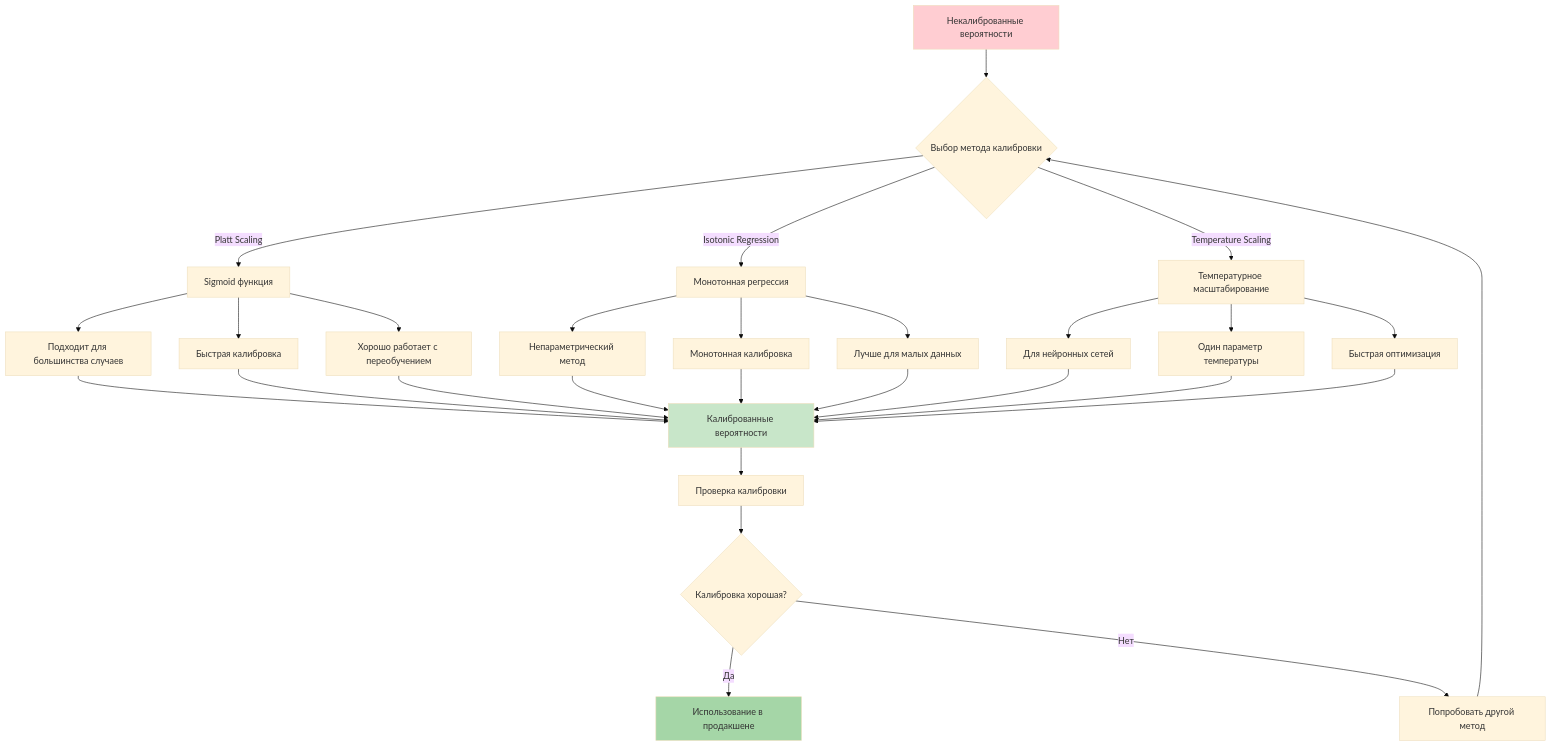
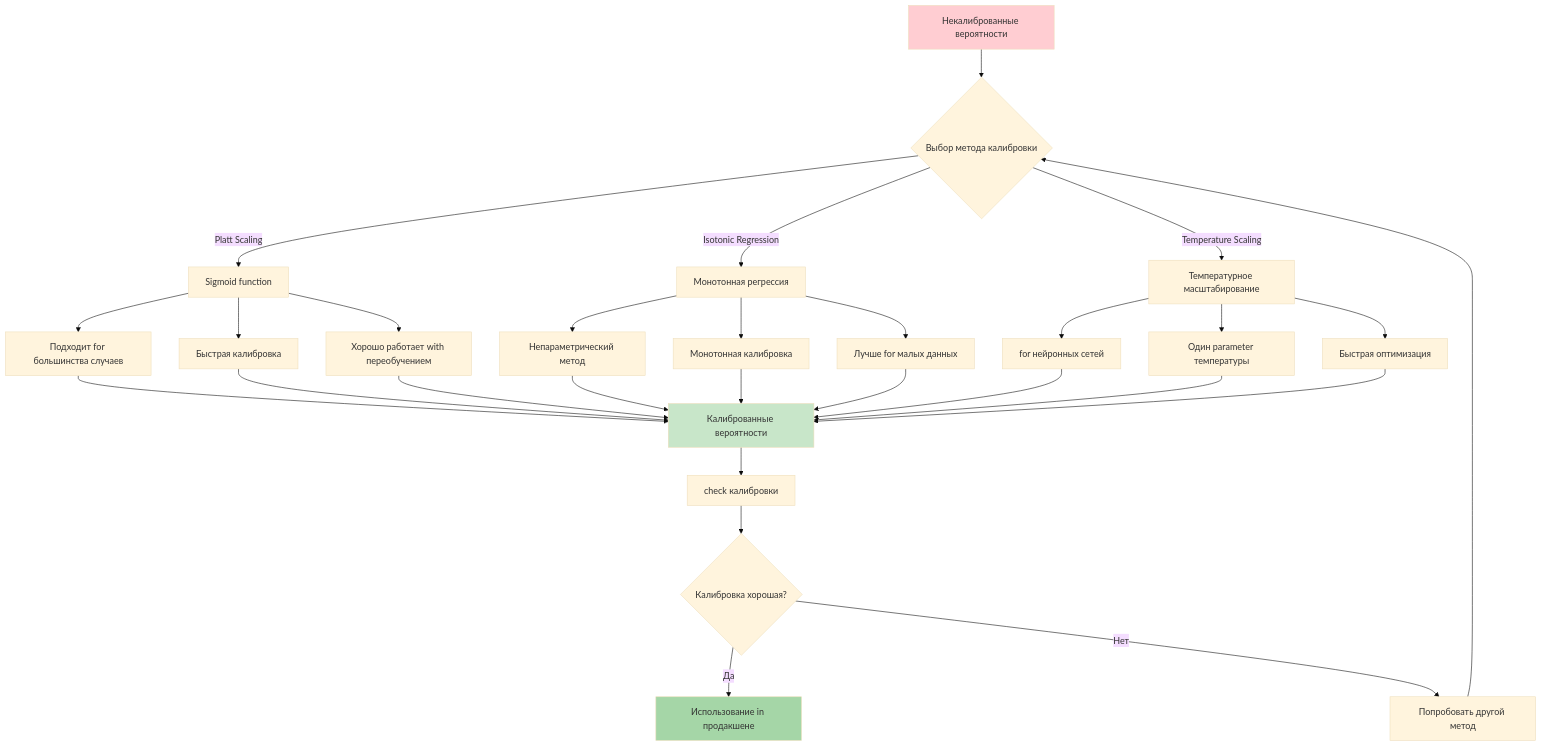
The second of 8 diagrams in docs/automl/gluon/26_probability_usage_guide.md (NeoZorK/neozork-hld-prediction), drawn with Mermaid (base theme) before and after one commit. The commit also changed other lines of this file and 19 other files, not shown here.

````diff
--- a/docs/automl/gluon/26_probability_usage_guide.md
+++ b/docs/automl/gluon/26_probability_usage_guide.md
@@ -136,40 +136,40 @@
 ```mermaid
 graph TD
-    A[Некалиброванные вероятности] --> B{Выбор метода калибровки}
-    
-    B -->|Platt Scaling| C[Sigmoid функция]
-    B -->|Isotonic Regression| D[Монотонная регрессия]
-    B -->|Temperature Scaling| E[Температурное масштабирование]
-    
-    C --> C1[Подходит для большинства случаев]
-    C --> C2[Быстрая калибровка]
-    C --> C3[Хорошо работает с переобучением]
-    
-    D --> D1[Непараметрический метод]
-    D --> D2[Монотонная калибровка]
-    D --> D3[Лучше для малых данных]
-    
-    E --> E1[Для нейронных сетей]
-    E --> E2[Один параметр температуры]
-    E --> E3[Быстрая оптимизация]
-    
-    C1 --> F[Калиброванные вероятности]
-    C2 --> F
-    C3 --> F
-    D1 --> F
-    D2 --> F
-    D3 --> F
-    E1 --> F
-    E2 --> F
-    E3 --> F
-    
-    F --> G[Проверка калибровки]
-    G --> H{Калибровка хорошая?}
-    H -->|Да| I[Использование в продакшене]
-    H -->|Нет| J[Попробовать другой метод]
-    J --> B
-    
-    style A fill:#ffcdd2
-    style F fill:#c8e6c9
-    style I fill:#a5d6a7
+ A[Некалиброванные вероятности] --> B{Выбор метода калибровки}
+
+ B -->|Platt Scaling| C[Sigmoid function]
+ B -->|Isotonic Regression| D[Монотонная регрессия]
+ B -->|Temperature Scaling| E[Температурное масштабирование]
+
+ C --> C1[Подходит for большинства случаев]
+ C --> C2[Быстрая калибровка]
+ C --> C3[Хорошо работает with переобучением]
+
+ D --> D1[Непараметрический метод]
+ D --> D2[Монотонная калибровка]
+ D --> D3[Лучше for малых данных]
+
+ E --> E1[for нейронных сетей]
+ E --> E2[Один parameter температуры]
+ E --> E3[Быстрая оптимизация]
+
+ C1 --> F[Калиброванные вероятности]
+ C2 --> F
+ C3 --> F
+ D1 --> F
+ D2 --> F
+ D3 --> F
+ E1 --> F
+ E2 --> F
+ E3 --> F
+
+ F --> G[check калибровки]
+ G --> H{Калибровка хорошая?}
+ H -->|Да| I[Использование in продакшене]
+ H -->|Нет| J[Попробовать другой метод]
+ J --> B
+
+ style A fill:#ffcdd2
+ style F fill:#c8e6c9
+ style I fill:#a5d6a7
 ```
````
